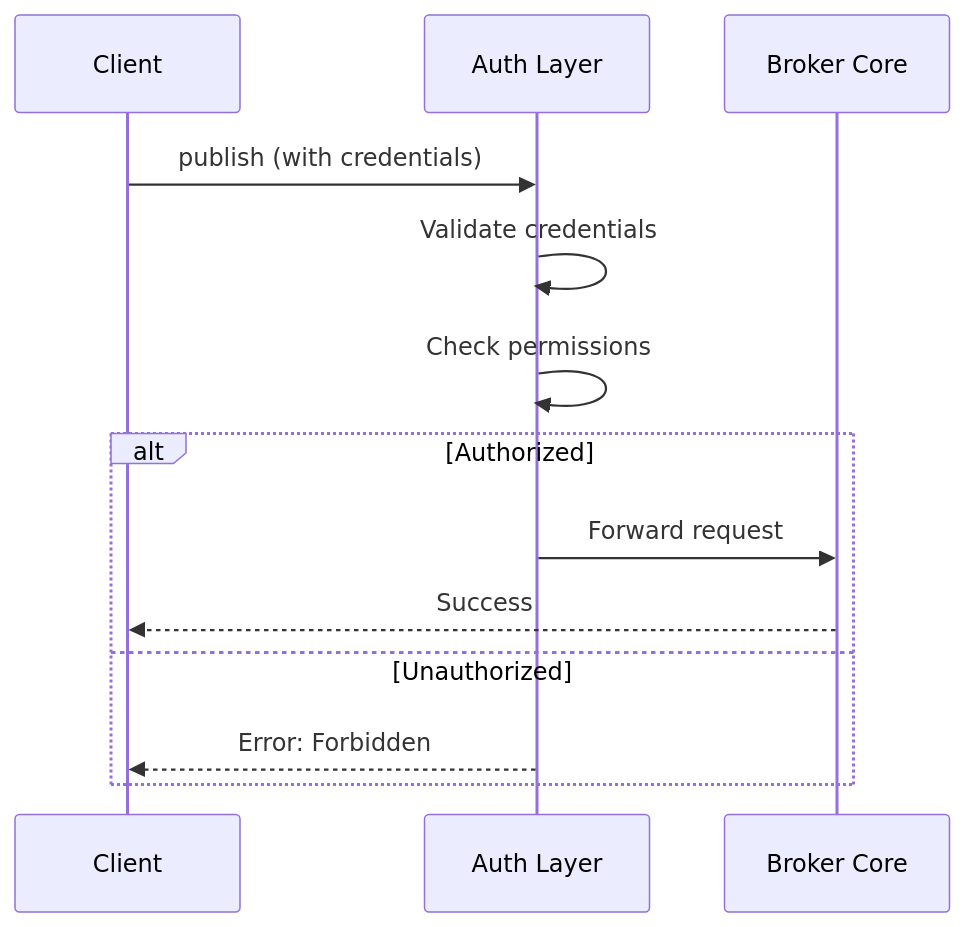
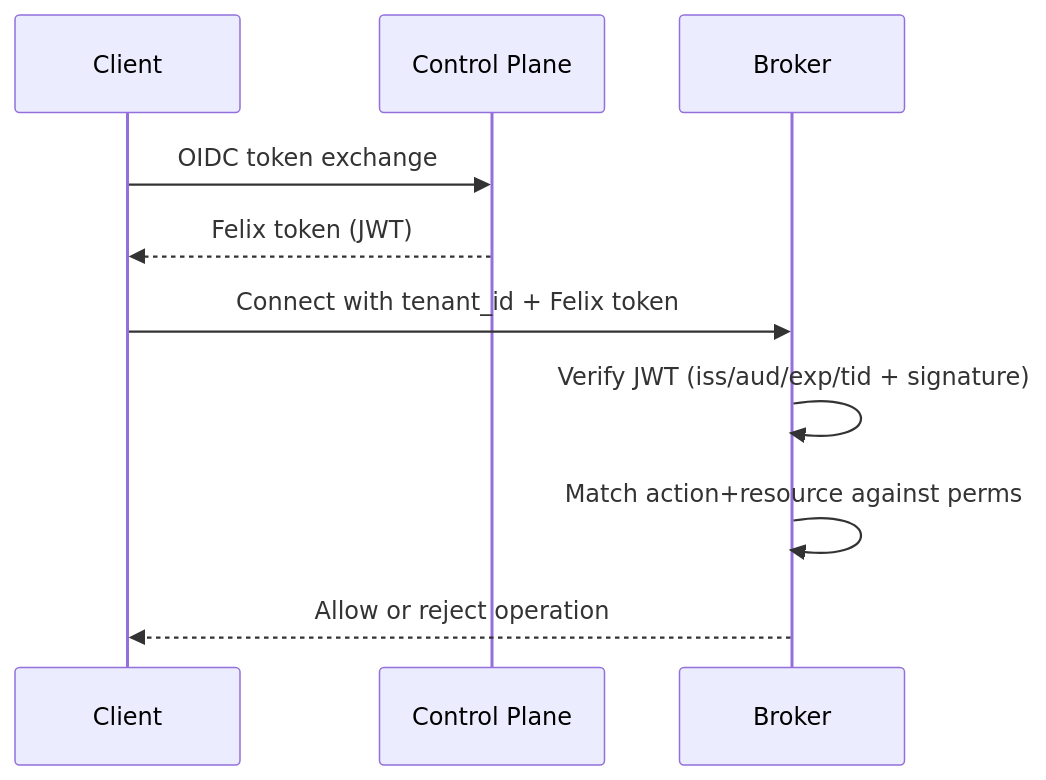
One commit to gabloe/felix changed the second of 4 diagrams in docs-site/docs/features/security.md. Above: the diagram before and after it, drawn with Mermaid. The commit also changed other lines of this file and 105 other files, not shown here.

Commit message:
Auth feature: Reorganize controlplane and add token exchange and tenant bootstrapping using casbin with custom felix token minting

````diff
--- a/docs-site/docs/features/security.md
+++ b/docs-site/docs/features/security.md
@@ -269,16 +326,13 @@
 ```mermaid
 sequenceDiagram
     participant C as Client
-    participant A as Auth Layer
-    participant B as Broker Core
-    
-    C->>A: publish (with credentials)
-    A->>A: Validate credentials
-    A->>A: Check permissions
-    alt Authorized
-        A->>B: Forward request
-        B-->>C: Success
-    else Unauthorized
-        A-->>C: Error: Forbidden
-    end
+    participant CONTROLPLANE as Control Plane
+    participant B as Broker
+
+    C->>CONTROLPLANE: OIDC token exchange
+    CONTROLPLANE-->>C: Felix token (JWT)
+    C->>B: Connect with tenant_id + Felix token
+    B->>B: Verify JWT (iss/aud/exp/tid + signature)
+    B->>B: Match action+resource against perms
+    B-->>C: Allow or reject operation
 ```
````
